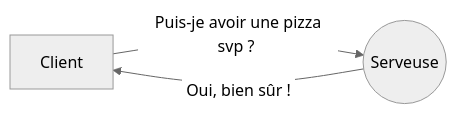
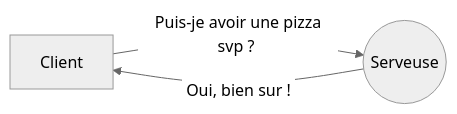
Before and after one commit to ZamBoyle/Eqla_HTML: the first of 4 diagrams in README.md, drawn with Mermaid (neutral theme).

````diff
--- a/README.md
+++ b/README.md
@@ -27,5 +27,5 @@
 ```mermaid
 graph LR
 A[Client] -- &nbsp;Puis-je avoir une pizza svp ?&nbsp; --> B((Serveuse))
-B -- &nbsp;Oui, bien sûr !&nbsp;  --> A
+B -- &nbsp;Oui, bien sur !&nbsp;  --> A
 ```
````
